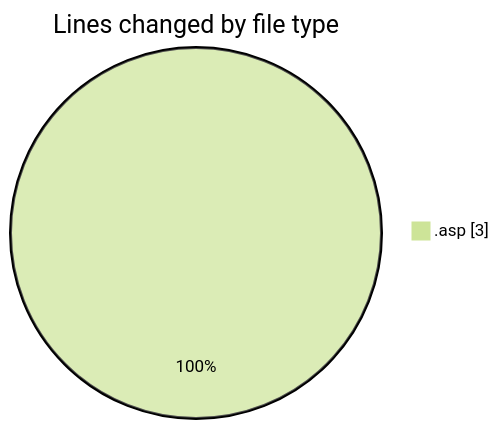
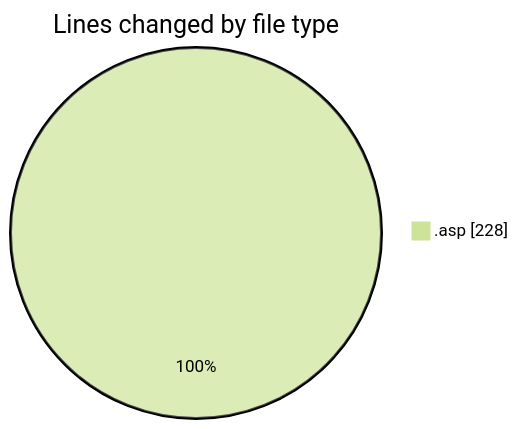
Before and after one commit to julien-gomy/code-tracking: the first of 2 diagrams in 2025-11-12/cdp_aleoudev_fr__workspace_/README.md, drawn with Mermaid (forest theme). The commit also changed other lines of this file and 1 other file, not shown here.

````diff
--- a/2025-11-12/cdp_aleoudev_fr__workspace_/README.md
+++ b/2025-11-12/cdp_aleoudev_fr__workspace_/README.md
@@ -20,5 +21,5 @@
 ```mermaid
 pie showData
 title Lines changed by file type
-".asp" : 3
+".asp" : 228
 ```
````
